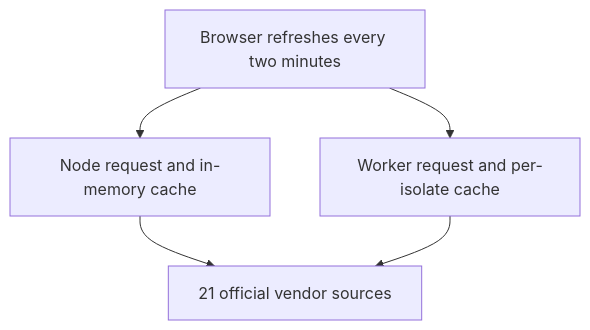
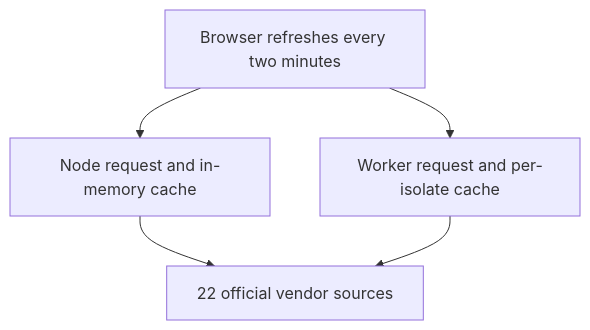
Before and after one commit to greenblacked/status-page: the diagram in README.md, drawn with Mermaid. The commit also changed other lines of this file and 37 other files, not shown here.

````diff
--- a/README.md
+++ b/README.md
@@ -150,11 +152,11 @@
 ```mermaid
 flowchart TB
-  vendors["21 official vendor sources"]
+  vendors["22 official vendor sources"]
   node["Node request and in-memory cache"]
   worker["Worker request and per-isolate cache"]
   browser["Browser refreshes every two minutes"]
   browser --> node
   browser --> worker
   node --> vendors
   worker --> vendors
 ```
````
